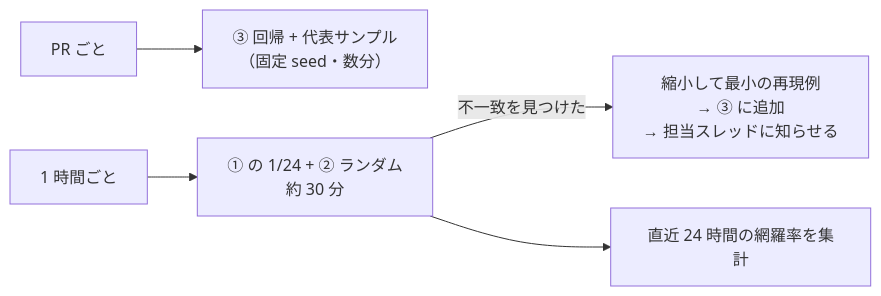
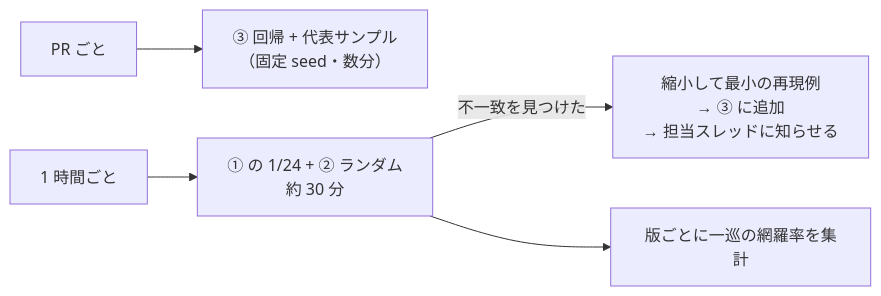
The fifth of 5 diagrams in quality/pbt-differential-design.md (TBSten/analysis-code-gen), drawn with Mermaid before and after one commit. The commit also changed other lines of this file and 5 other files, not shown here.

````diff
--- a/quality/pbt-differential-design.md
+++ b/quality/pbt-differential-design.md
@@ -222,7 +222,7 @@
 ```mermaid
 flowchart LR
   PR["PR ごと"] --> REG["③ 回帰 + 代表サンプル<br>（固定 seed・数分）"]
   CRON["1 時間ごと"] --> RUN["① の 1/24 + ② ランダム<br>約 30 分"]
   RUN -->|"不一致を見つけた"| SH["縮小して最小の再現例<br>→ ③ に追加<br>→ 担当スレッドに知らせる"]
-  RUN --> COV["直近 24 時間の網羅率を集計"]
+  RUN --> COV["版ごとに一巡の網羅率を集計"]
 ```
````
